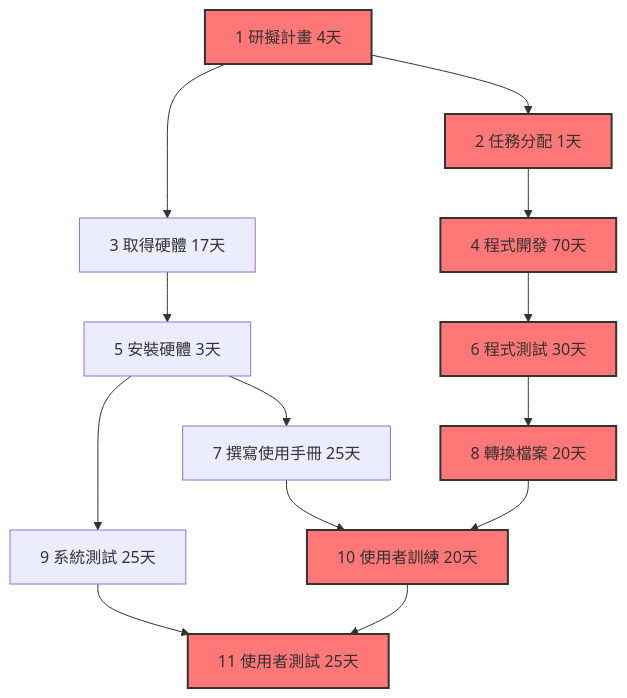
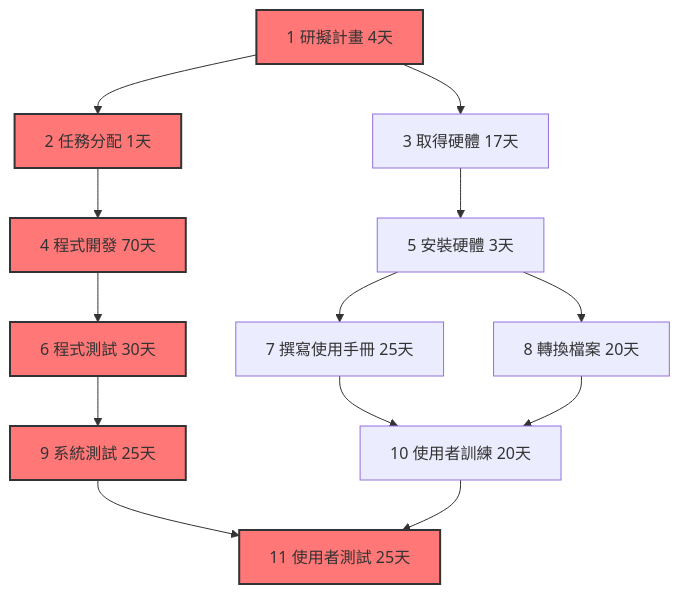
The first of 2 diagrams in HW2.md (auia541/p1), drawn with Mermaid before and after one commit. The commit also changed other lines of this file, not shown here.

````diff
--- a/HW2.md
+++ b/HW2.md
@@ -4,20 +4,20 @@
 ```mermaid
 graph TD
     A1[1 研擬計畫 4天] --> A2[2 任務分配 1天]
     A1 --> A3[3 取得硬體 17天]
     A2 --> A4[4 程式開發 70天]
     A3 --> A5[5 安裝硬體 3天]
     A4 --> A6[6 程式測試 30天]
     A5 --> A7[7 撰寫使用手冊 25天]
-    A6 --> A8[8 轉換檔案 20天]
-    A5 --> A9[9 系統測試 25天]
+    A5 --> A8[8 轉換檔案 20天]
+    A6 --> A9[9 系統測試 25天]
     A7 --> A10[10 使用者訓練 20天]
     A8 --> A10
     A9 --> A11[11 使用者測試 25天]
     A10 --> A11
 
     classDef critical fill:#f77,stroke:#333,stroke-width:2px;
-    class A1,A2,A4,A6,A8,A10,A11 critical;
+    class A1,A2,A4,A6,A9,A11 critical;
 
 
 ```
````
